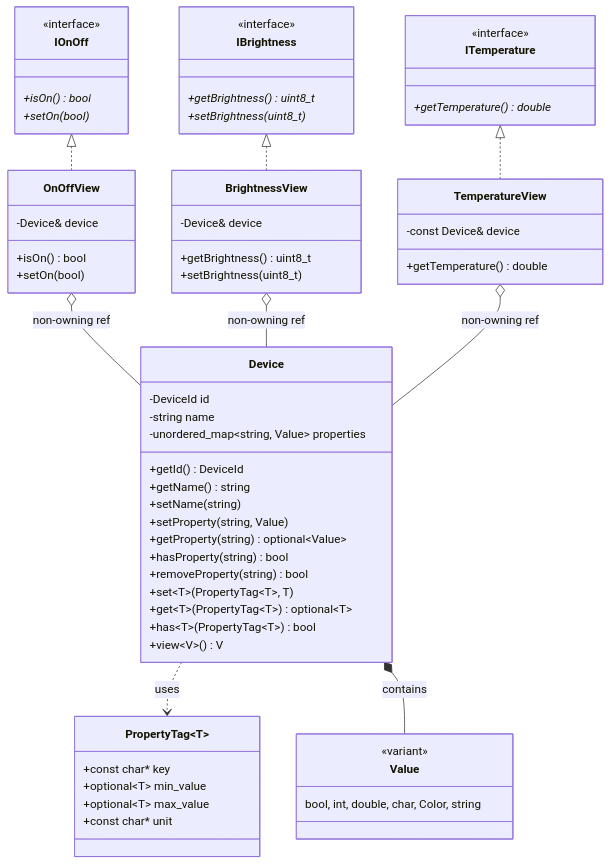
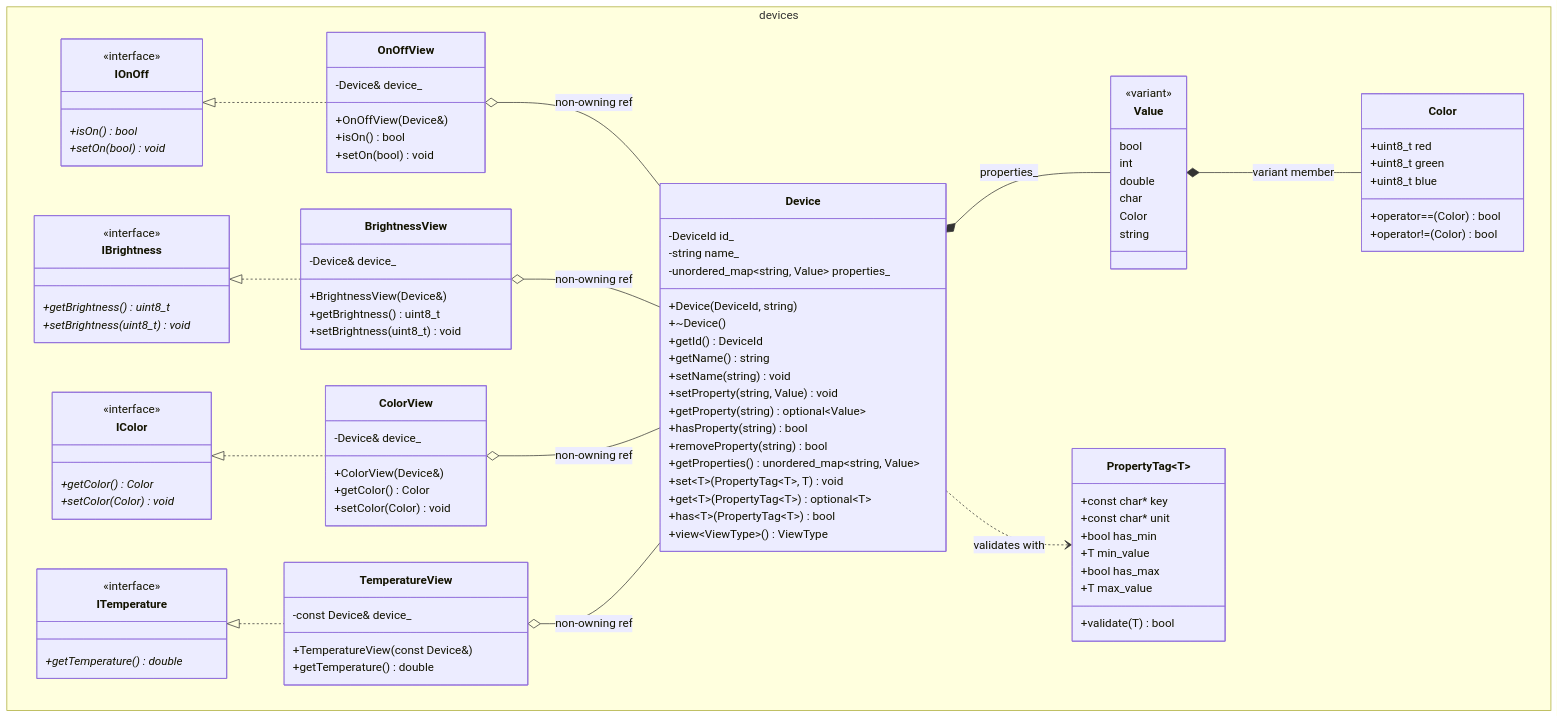
One commit to Krikozyabra/smart_home changed the first of 2 diagrams in specs/devices/design.md. Above: the diagram before and after it, drawn with Mermaid. The commit also changed other lines of this file and 2 other files, not shown here.

Commit message:
docs(devices): update the plan and design for refactoring devices

````diff
--- a/specs/devices/design.md
+++ b/specs/devices/design.md
@@ -7,76 +64,116 @@
 ```mermaid
 classDiagram
-    class PropertyTag~T~ {
-        +const char* key
-        +optional~T~ min_value
-        +optional~T~ max_value
-        +const char* unit
-    }
+    namespace devices {
+        class Value {
+            <<variant>>
+            bool
+            int
+            double
+            char
+            Color
+            string
+        }
 
-    class Value {
-        <<variant>>
-        bool, int, double, char, Color, string
-    }
+        class Color {
+            +uint8_t red
+            +uint8_t green
+            +uint8_t blue
+            +operator==(Color) bool
+            +operator!=(Color) bool
+        }
 
-    class Device {
-        -DeviceId id
-        -string name
-        -unordered_map~string, Value~ properties
-        +getId() DeviceId
-        +getName() string
-        +setName(string)
-        +setProperty(string, Value)
-        +getProperty(string) optional~Value~
-        +hasProperty(string) bool
-        +removeProperty(string) bool
-        +set~T~(PropertyTag~T~, T)
-        +get~T~(PropertyTag~T~) optional~T~
-        +has~T~(PropertyTag~T~) bool
-        +view~V~() V
-    }
+        class PropertyTag~T~ {
+            +const char* key
+            +const char* unit
+            +bool has_min
+            +T min_value
+            +bool has_max
+            +T max_value
+            +validate(T) bool
+        }
 
-    class IOnOff {
-        <<interface>>
-        +isOn()* bool
-        +setOn(bool)*
-    }
+        class Device {
+            -DeviceId id_
+            -string name_
+            -unordered_map~string, Value~ properties_
+            +Device(DeviceId, string)
+            +~Device()
+            +getId() DeviceId
+            +getName() string
+            +setName(string) void
+            +setProperty(string, Value) void
+            +getProperty(string) optional~Value~
+            +hasProperty(string) bool
+            +removeProperty(string) bool
+            +getProperties() unordered_map~string, Value~
+            +set~T~(PropertyTag~T~, T) void
+            +get~T~(PropertyTag~T~) optional~T~
+            +has~T~(PropertyTag~T~) bool
+            +view~ViewType~() ViewType
+        }
 
-    class IBrightness {
-        <<interface>>
-        +getBrightness()* uint8_t
-        +setBrightness(uint8_t)*
-    }
+        class IOnOff {
+            <<interface>>
+            +isOn()* bool
+            +setOn(bool)* void
+        }
 
-    class ITemperature {
-        <<interface>>
-        +getTemperature()* double
-    }
+        class IBrightness {
+            <<interface>>
+            +getBrightness()* uint8_t
+            +setBrightness(uint8_t)* void
+        }
 
-    class OnOffView {
-        -Device& device
-        +isOn() bool
-        +setOn(bool)
-    }
+        class IColor {
+            <<interface>>
+            +getColor()* Color
+            +setColor(Color)* void
+        }
 
-    class BrightnessView {
-        -Device& device
-        +getBrightness() uint8_t
-        +setBrightness(uint8_t)
-    }
+        class ITemperature {
+            <<interface>>
+            +getTemperature()* double
+        }
 
-    class TemperatureView {
-        -const Device& device
-        +getTemperature() double
+        class OnOffView {
+            -Device& device_
+            +OnOffView(Device&)
+            +isOn() bool
+            +setOn(bool) void
+        }
+
+        class BrightnessView {
+            -Device& device_
+            +BrightnessView(Device&)
+            +getBrightness() uint8_t
+            +setBrightness(uint8_t) void
+        }
+
+        class ColorView {
+            -Device& device_
+            +ColorView(Device&)
+            +getColor() Color
+            +setColor(Color) void
+        }
+
+        class TemperatureView {
+            -const Device& device_
+            +TemperatureView(const Device&)
+            +getTemperature() double
+        }
     }
 
     IOnOff <|.. OnOffView
     IBrightness <|.. BrightnessView
+    IColor <|.. ColorView
     ITemperature <|.. TemperatureView
 
     OnOffView o-- Device : non-owning ref
     BrightnessView o-- Device : non-owning ref
+    ColorView o-- Device : non-owning ref
     TemperatureView o-- Device : non-owning ref
 
-    Device ..> PropertyTag : uses
-    Device *-- Value : contains
+    Device *-- Value : properties_
+    Value *-- Color : variant member
+    Device ..> PropertyTag : validates with
 ```
````
